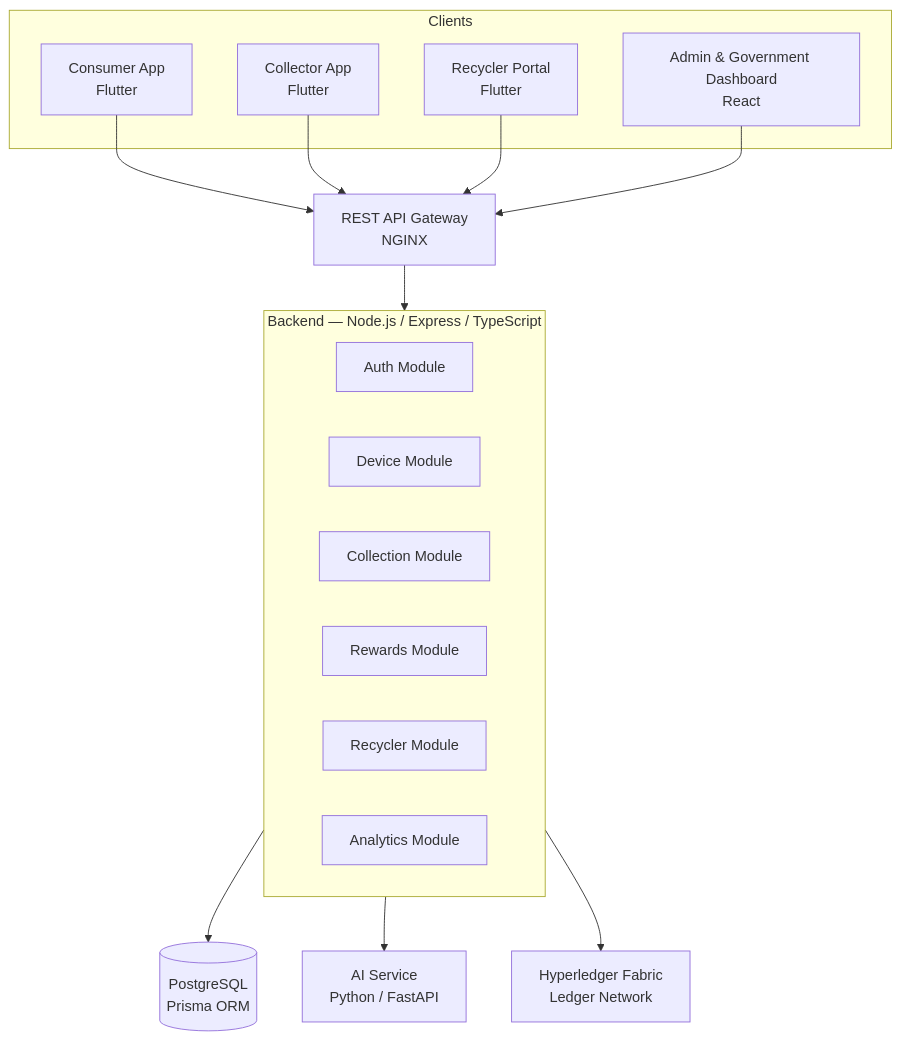
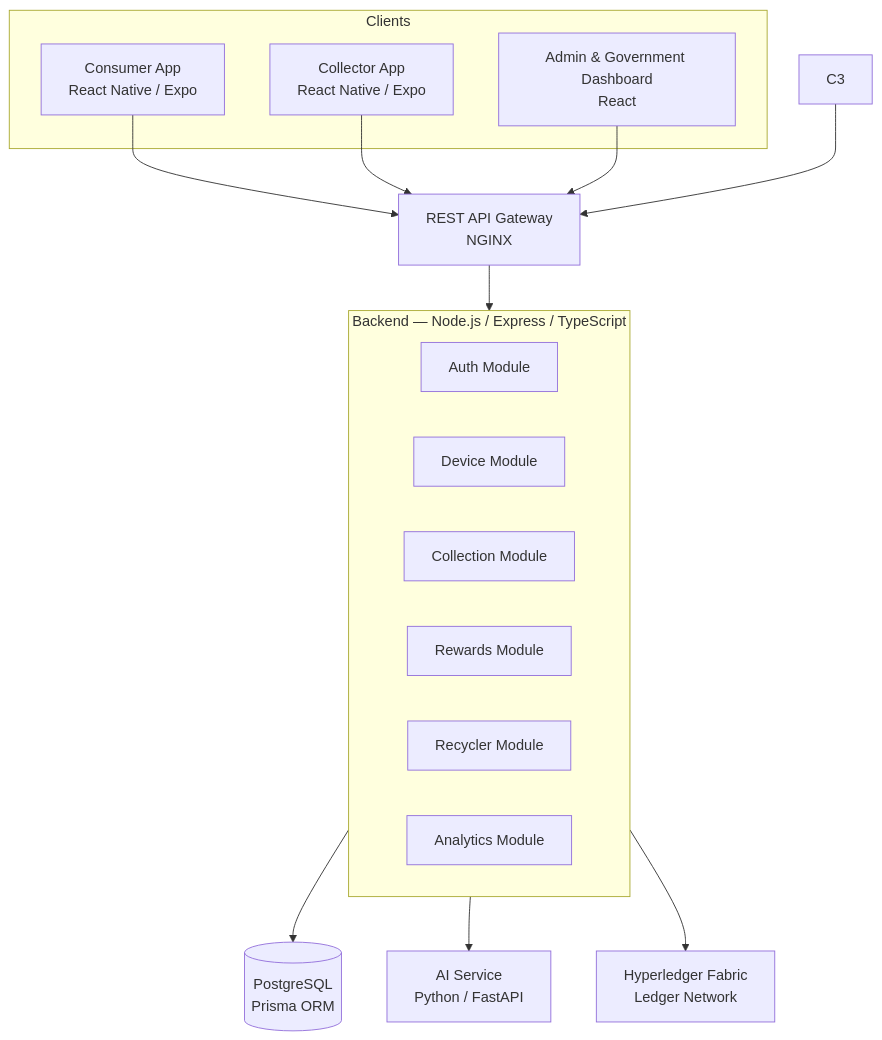
The first of 3 diagrams in docs/engineering/03_ARCHITECTURE.md (Edith-Stark06/Eco-Trace-Warriors), drawn with Mermaid before and after one commit. The commit also changed other lines of this file and 12 other files, not shown here.

First line of the commit message:
docs(mobile): document react native architecture

````diff
--- a/docs/engineering/03_ARCHITECTURE.md
+++ b/docs/engineering/03_ARCHITECTURE.md
@@ -50,33 +50,32 @@
 ```mermaid
 flowchart TB
     subgraph Clients
-        C1[Consumer App<br/>Flutter]
-        C2[Collector App<br/>Flutter]
-        C3[Recycler Portal<br/>Flutter]
+        C1[Consumer App<br/>React Native / Expo]
+        C2[Collector App<br/>React Native / Expo]
         C4[Admin & Government Dashboard<br/>React]
     end
 
     GW[REST API Gateway<br/>NGINX]
 
     subgraph Backend[Backend — Node.js / Express / TypeScript]
         AUTH[Auth Module]
         DEV[Device Module]
         COL[Collection Module]
         REW[Rewards Module]
         REC[Recycler Module]
         ANA[Analytics Module]
     end
 
     AI[AI Service<br/>Python / FastAPI]
     DB[(PostgreSQL<br/>Prisma ORM)]
     BC[Hyperledger Fabric<br/>Ledger Network]
 
     C1 --> GW
     C2 --> GW
     C3 --> GW
     C4 --> GW
     GW --> Backend
     Backend --> DB
     Backend --> AI
     Backend --> BC
 ```
````
